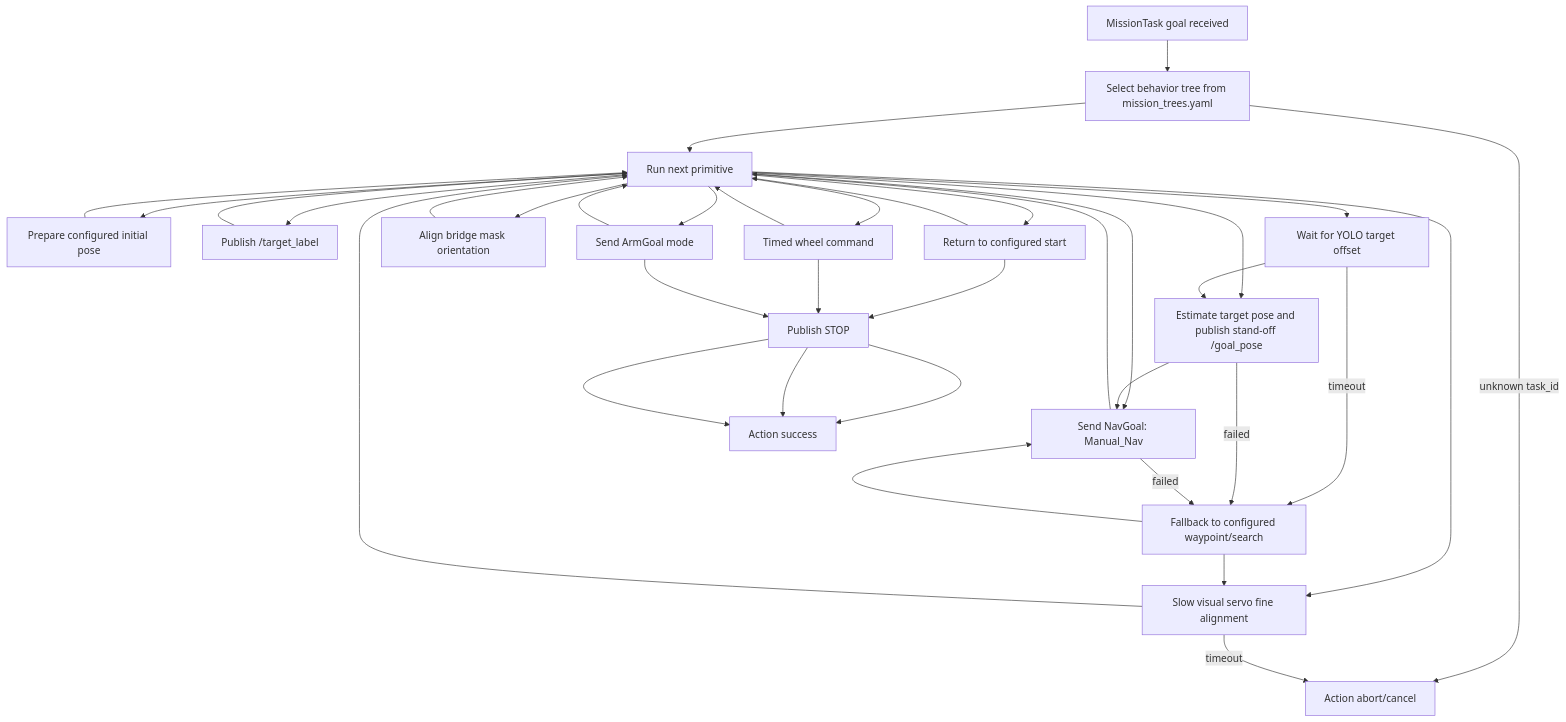
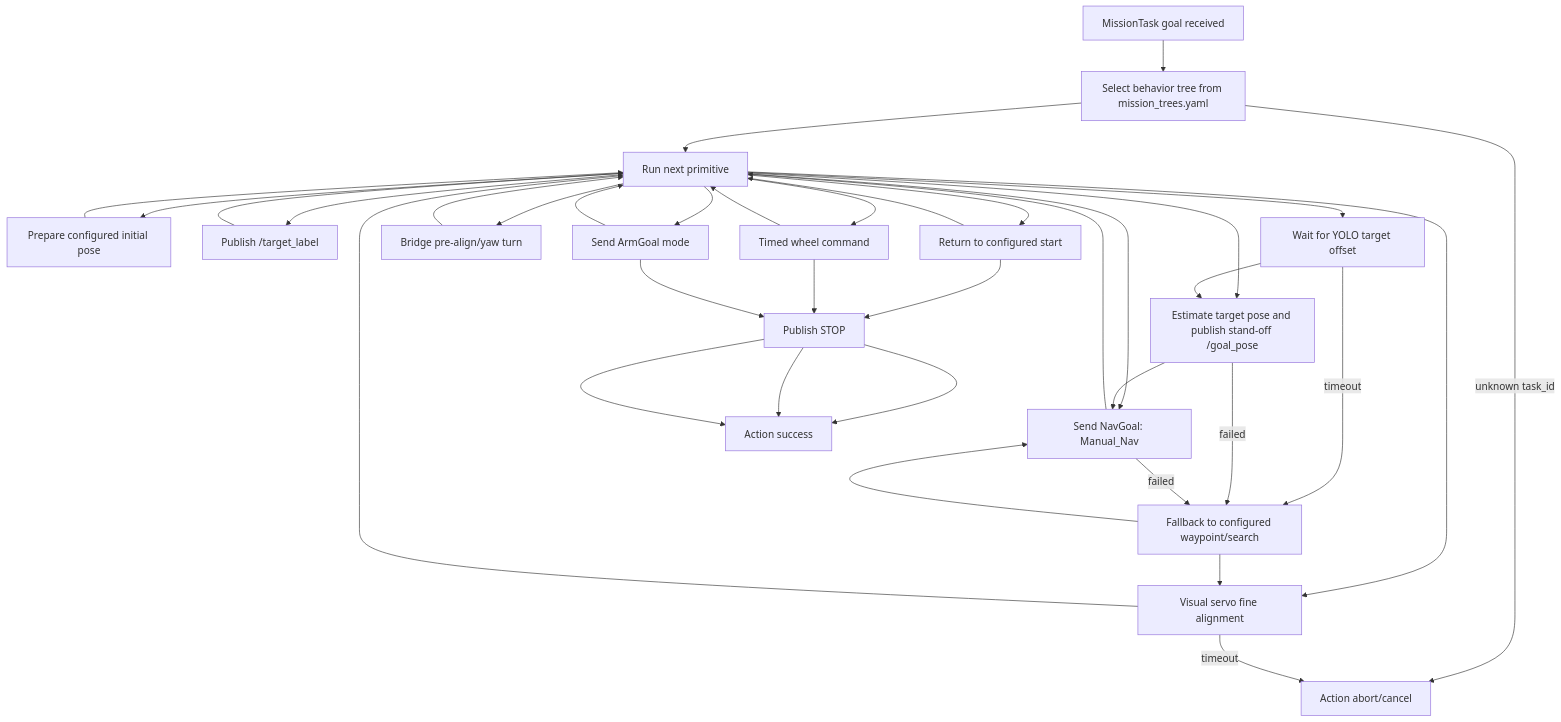
One commit to Qian-0203/robotic_nav_final changed the third of 4 diagrams in docs/project_architecture_review.md. Above: the diagram before and after it, drawn with Mermaid. The commit also changed other lines of this file and 5 other files, not shown here.

````diff
--- a/docs/project_architecture_review.md
+++ b/docs/project_architecture_review.md
@@ -117,54 +117,54 @@
 ```mermaid
 flowchart TD
     Start[MissionTask goal received]
     LoadTree[Select behavior tree from mission_trees.yaml]
     Primitive[Run next primitive]
     Prepare[Prepare configured initial pose]
     SetLabel[Publish /target_label]
     Detect[Wait for YOLO target offset]
     DynamicGoal[Estimate target pose and publish stand-off /goal_pose]
     SendNav[Send NavGoal: Manual_Nav]
     Fallback[Fallback to configured waypoint/search]
-    Servo[Slow visual servo fine alignment]
-    BridgeAlign[Align bridge mask orientation]
+    Servo[Visual servo fine alignment]
+    BridgePreAlign[Bridge pre-align/yaw turn]
     ArmGoal[Send ArmGoal mode]
     TimedDrive[Timed wheel command]
     ReturnStart[Return to configured start]
     Stop[Publish STOP]
     Done[Action success]
     Fail[Action abort/cancel]
 
     Start --> LoadTree
     LoadTree -- unknown task_id --> Fail
     LoadTree --> Primitive
     Primitive --> Prepare
     Primitive --> SetLabel
     Primitive --> Detect
     Primitive --> DynamicGoal
     Primitive --> SendNav
     Primitive --> Servo
-    Primitive --> BridgeAlign
+    Primitive --> BridgePreAlign
     Primitive --> TimedDrive
     Primitive --> ArmGoal
     Primitive --> ReturnStart
 
     Detect --> DynamicGoal --> SendNav
     Detect -- timeout --> Fallback
     DynamicGoal -- failed --> Fallback
     SendNav -- failed --> Fallback
     Fallback --> SendNav
     Fallback --> Servo
 
     Prepare --> Primitive
     SetLabel --> Primitive
     SendNav --> Primitive
     Servo --> Primitive
-    BridgeAlign --> Primitive
+    BridgePreAlign --> Primitive
     TimedDrive --> Primitive
     ArmGoal --> Primitive
     ReturnStart --> Primitive
     ReturnStart --> Stop --> Done
     TimedDrive --> Stop --> Done
     ArmGoal --> Stop --> Done
     Servo -- timeout --> Fail
 ```
````
